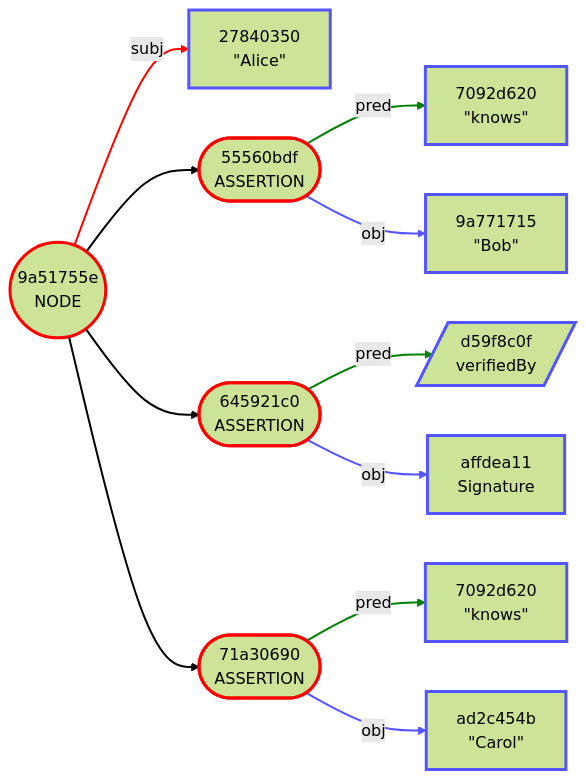
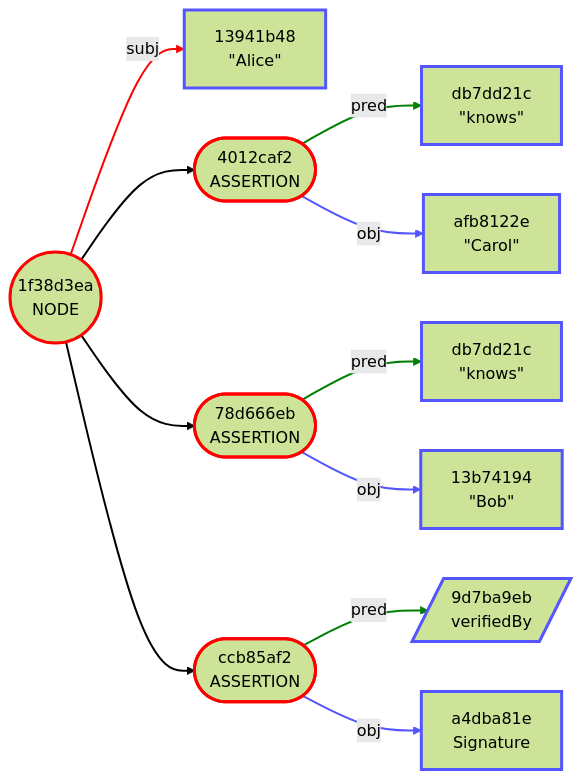
Diagram 11 of 26 in Envelope/OutputFormats.md (BlockchainCommons/Gordian), drawn with Mermaid (forest theme) before and after one commit. The commit also changed other lines of this file and 6 other files, not shown here.

````diff
--- a/Envelope/OutputFormats.md
+++ b/Envelope/OutputFormats.md
@@ -395,45 +446,45 @@
 ```mermaid
 graph LR
-    1(("9a51755e<br/>NODE"))
-    2["27840350<br/>#quot;Alice#quot;"]
-    3(["55560bdf<br/>ASSERTION"])
-    4["7092d620<br/>#quot;knows#quot;"]
-    5["9a771715<br/>#quot;Bob#quot;"]
-    6(["645921c0<br/>ASSERTION"])
-    7[/"d59f8c0f<br/>verifiedBy"/]
-    8["affdea11<br/>Signature"]
-    9(["71a30690<br/>ASSERTION"])
-    10["7092d620<br/>#quot;knows#quot;"]
-    11["ad2c454b<br/>#quot;Carol#quot;"]
+    1(("1f38d3ea<br/>NODE"))
+    2["13941b48<br/>#quot;Alice#quot;"]
+    3(["4012caf2<br/>ASSERTION"])
+    4["db7dd21c<br/>#quot;knows#quot;"]
+    5["afb8122e<br/>#quot;Carol#quot;"]
+    6(["78d666eb<br/>ASSERTION"])
+    7["db7dd21c<br/>#quot;knows#quot;"]
+    8["13b74194<br/>#quot;Bob#quot;"]
+    9(["ccb85af2<br/>ASSERTION"])
+    10[/"9d7ba9eb<br/>verifiedBy"/]
+    11["a4dba81e<br/>Signature"]
     1 -->|subj| 2
     1 --> 3
     3 -->|pred| 4
     3 -->|obj| 5
     1 --> 6
     6 -->|pred| 7
     6 -->|obj| 8
     1 --> 9
     9 -->|pred| 10
     9 -->|obj| 11
     style 1 stroke:red,stroke-width:3.0px
     style 2 stroke:#55f,stroke-width:3.0px
     style 3 stroke:red,stroke-width:3.0px
     style 4 stroke:#55f,stroke-width:3.0px
     style 5 stroke:#55f,stroke-width:3.0px
     style 6 stroke:red,stroke-width:3.0px
     style 7 stroke:#55f,stroke-width:3.0px
     style 8 stroke:#55f,stroke-width:3.0px
     style 9 stroke:red,stroke-width:3.0px
     style 10 stroke:#55f,stroke-width:3.0px
     style 11 stroke:#55f,stroke-width:3.0px
     linkStyle 0 stroke:red,stroke-width:2.0px
     linkStyle 1 stroke-width:2.0px
     linkStyle 2 stroke:green,stroke-width:2.0px
     linkStyle 3 stroke:#55f,stroke-width:2.0px
     linkStyle 4 stroke-width:2.0px
     linkStyle 5 stroke:green,stroke-width:2.0px
     linkStyle 6 stroke:#55f,stroke-width:2.0px
     linkStyle 7 stroke-width:2.0px
     linkStyle 8 stroke:green,stroke-width:2.0px
     linkStyle 9 stroke:#55f,stroke-width:2.0px
 ```
````
